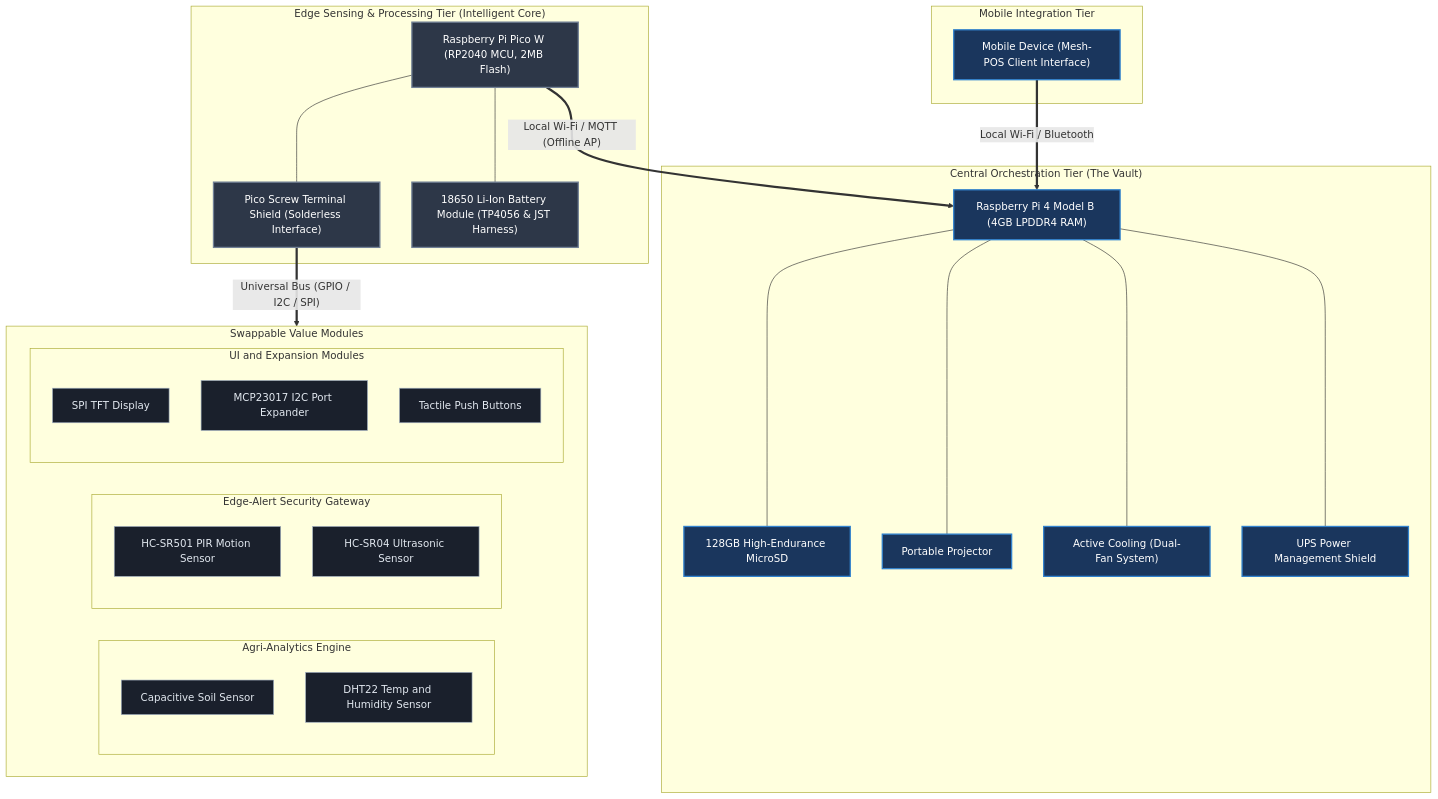
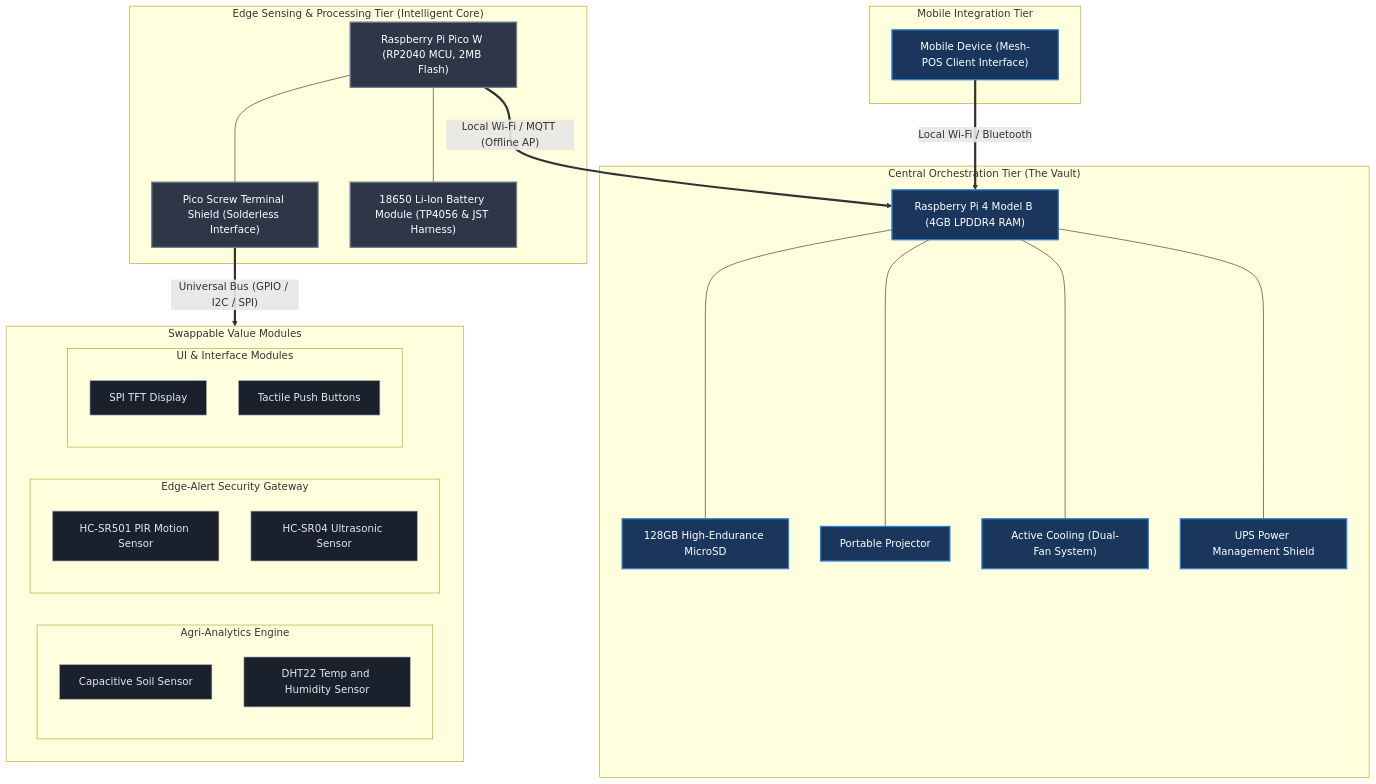
Before and after one commit to pmd742omni/2026-02-15-Sun-2055-Modular-Adaptive-Data-Node--MAD---Node--for-Dynamic-Value-Systems: the diagram in 2026-03-30 Mon 0833 Chapters/2026-05-13 Wed 1220 Version 2026-05-13 Wed 1246/2026-05-27 0832 3.3 System Requirements.md, drawn with Mermaid. The commit also changed other lines of this file and 1 other file, not shown here.

````diff
--- a/2026-03-30 Mon 0833 Chapters/2026-05-13 Wed 1220 Version 2026-05-13 Wed 1246/2026-05-27 0832 3.3 System Requirements.md
+++ b/2026-03-30 Mon 0833 Chapters/2026-05-13 Wed 1220 Version 2026-05-13 Wed 1246/2026-05-27 0832 3.3 System Requirements.md
@@ -11,61 +11,60 @@
 ```mermaid
 graph TD
     %% Styling Classes
     classDef vaultStyle fill:#1a365d,stroke:#3182ce,stroke-width:2px,color:#fff;
     classDef edgeStyle fill:#2d3748,stroke:#718096,stroke-width:2px,color:#fff;
     classDef moduleStyle fill:#2c5282,stroke:#4299e1,stroke-width:2px,color:#fff;
     classDef subModuleStyle fill:#1a202c,stroke:#a0aec0,stroke-width:1px,color:#e2e8f0;
 
     subgraph VaultTier ["Central Orchestration Tier (The Vault)"]
         Vault["Raspberry Pi 4 Model B (4GB LPDDR4 RAM)"]:::vaultStyle
         SD["128GB High-Endurance MicroSD"]:::vaultStyle
         Proj["Portable Projector"]:::vaultStyle
         Cooling["Active Cooling (Dual-Fan System)"]:::vaultStyle
         VaultUPS["UPS Power Management Shield"]:::vaultStyle
         
         Vault --- SD
         Vault --- Proj
         Vault --- Cooling
         Vault --- VaultUPS
     end
 
     subgraph EdgeTier ["Edge Sensing & Processing Tier (Intelligent Core)"]
         PicoW["Raspberry Pi Pico W (RP2040 MCU, 2MB Flash)"]:::edgeStyle
         Shield["Pico Screw Terminal Shield (Solderless Interface)"]:::edgeStyle
         PicoUPS["18650 Li-Ion Battery Module (TP4056 & JST Harness)"]:::edgeStyle
         
         PicoW --- Shield
         PicoW --- PicoUPS
     end
 
     %% Communication link
     PicoW == "Local Wi-Fi / MQTT (Offline AP)" ==> Vault
 
     subgraph MobilePOS ["Mobile Integration Tier"]
         Phone["Mobile Device (Mesh-POS Client Interface)"]:::vaultStyle
     end
 
     %% Mobile connection
     Phone == "Local Wi-Fi / Bluetooth" ==> Vault
 
     subgraph Modules ["Swappable Value Modules"]
         subgraph AgriModule ["Agri-Analytics Engine"]
             Agri1["Capacitive Soil Sensor"]:::subModuleStyle
             Agri2["DHT22 Temp and Humidity Sensor"]:::subModuleStyle
         end
 
         subgraph SecurityModule ["Edge-Alert Security Gateway"]
             Sec1["HC-SR501 PIR Motion Sensor"]:::subModuleStyle
             Sec2["HC-SR04 Ultrasonic Sensor"]:::subModuleStyle
         end
 
-        subgraph UIModule ["UI and Expansion Modules"]
+        subgraph UIModule ["UI & Interface Modules"]
             UI1["SPI TFT Display"]:::subModuleStyle
-            UI2["MCP23017 I2C Port Expander"]:::subModuleStyle
             UI3["Tactile Push Buttons"]:::subModuleStyle
         end
     end
 
     %% Wiring links
     Shield ==>|"Universal Bus (GPIO / I2C / SPI)"| Modules
 ```
````
